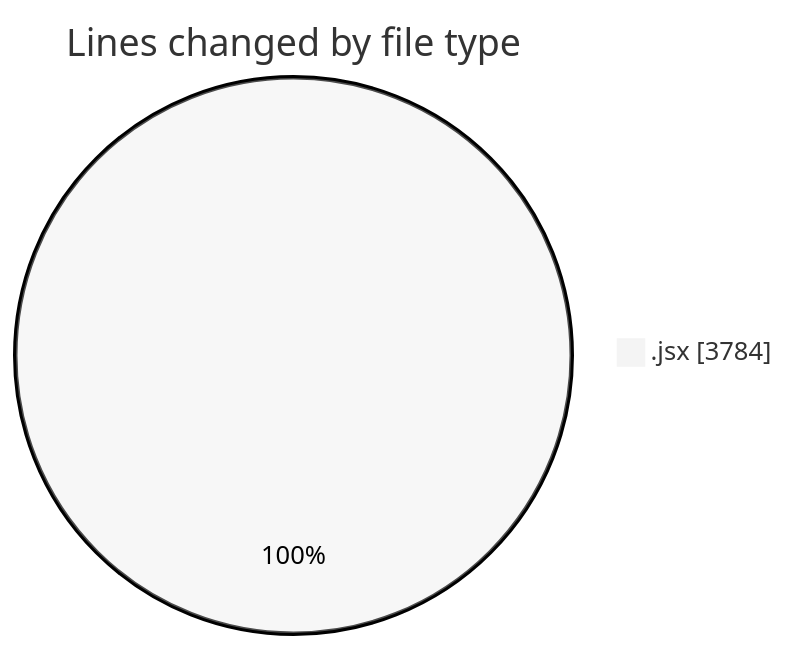
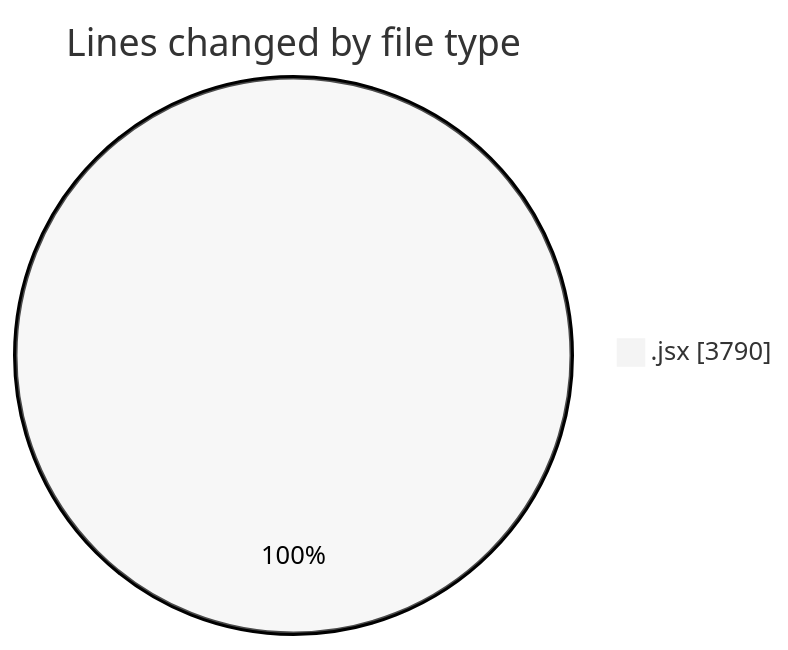
The first of 2 diagrams in 2025-10-07/nxtqube_webapp/README.md (nxtqubesakshisongat/code-tracking), drawn with Mermaid (neutral theme) before and after one commit. The commit also changed other lines of this file and 1 other file, not shown here.

````diff
--- a/2025-10-07/nxtqube_webapp/README.md
+++ b/2025-10-07/nxtqube_webapp/README.md
@@ -22,5 +22,5 @@
 ```mermaid
 pie showData
 title Lines changed by file type
-".jsx" : 3784
+".jsx" : 3790
 ```
````
